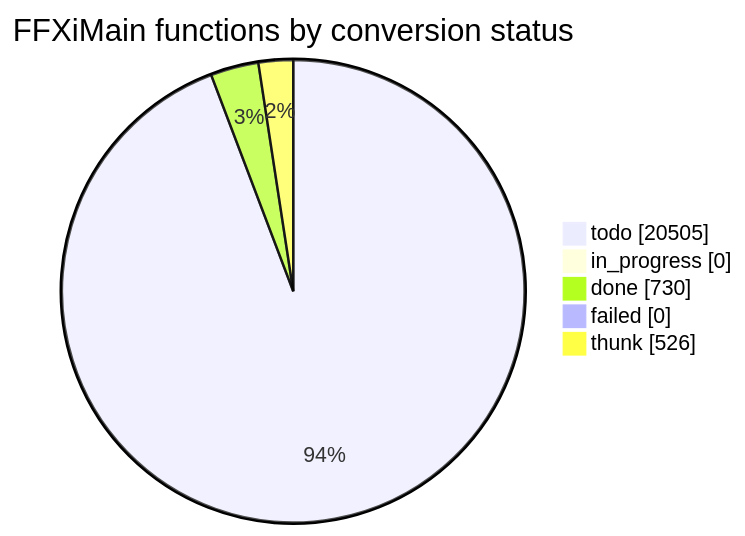
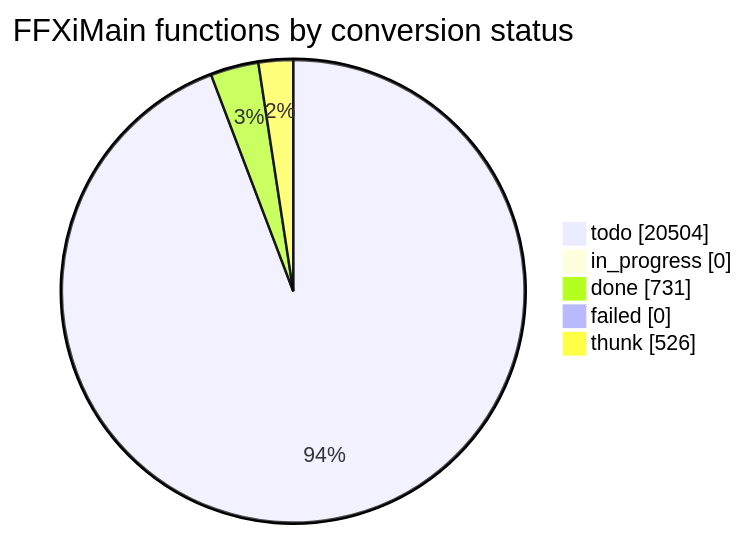
Before and after one commit to cowrevenge/cow_kuluu_xi_anything: the diagram in docs/cow/STATUS.md, drawn with Mermaid. The commit also changed other lines of this file and 9 other files, not shown here.

````diff
--- a/docs/cow/STATUS.md
+++ b/docs/cow/STATUS.md
@@ -18,9 +18,9 @@
 ```mermaid
 pie showData
     title FFXiMain functions by conversion status
-    "todo" : 20505
+    "todo" : 20504
     "in_progress" : 0
-    "done" : 730
+    "done" : 731
     "failed" : 0
     "thunk" : 526
 ```
````
